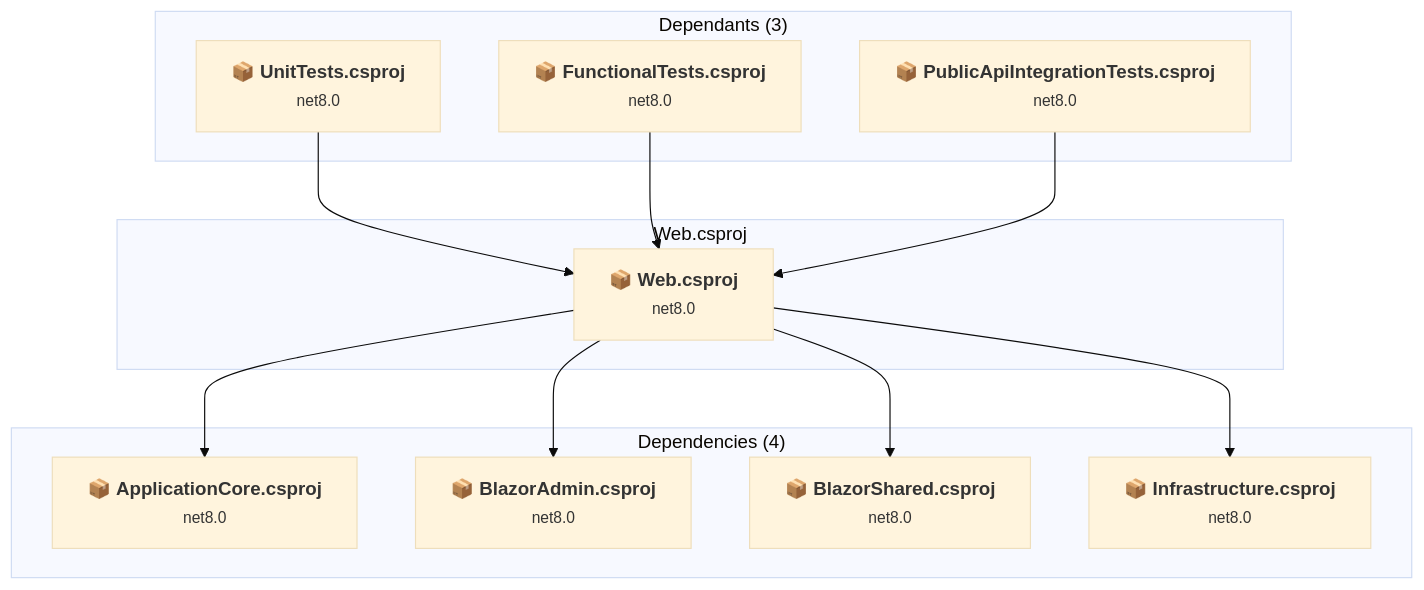
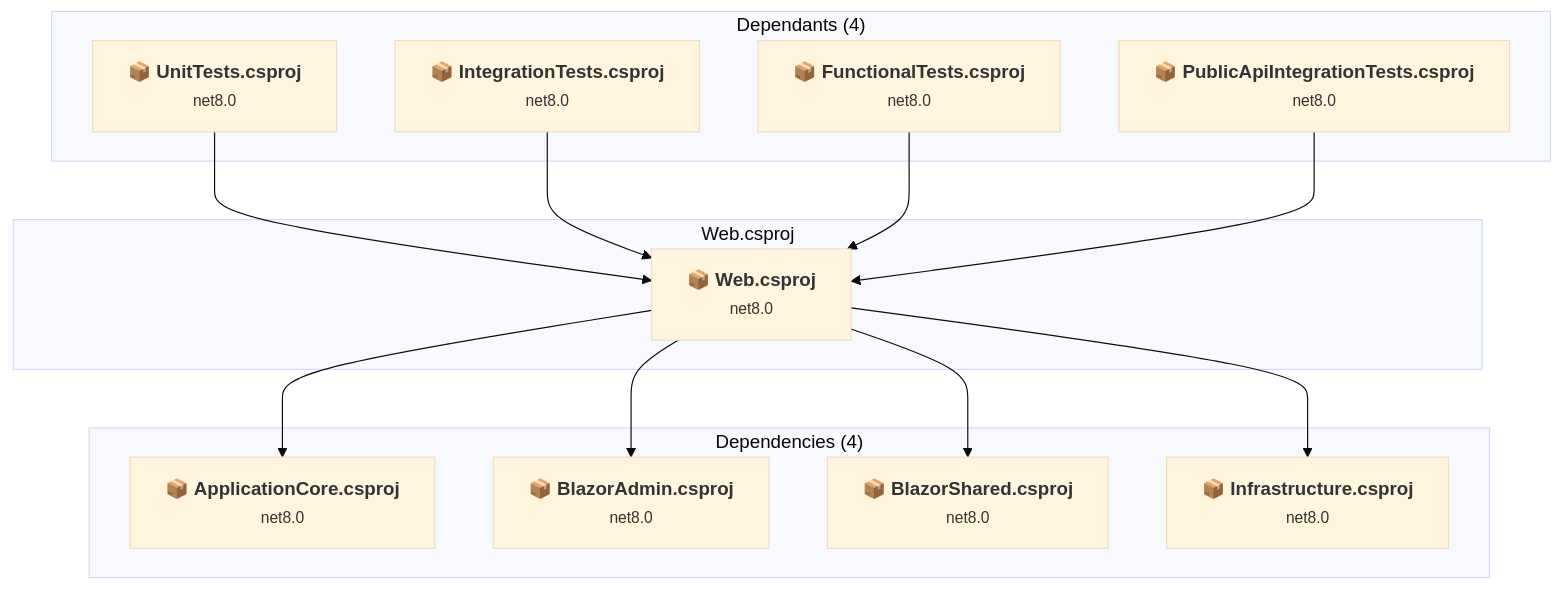
The diagram in .github/upgrades/scenarios/dotnet-version-upgrade/assessment/projects/Web.md (kaushganguly/eShopOnWeb), drawn with Mermaid (base theme) before and after one commit. The commit also changed other lines of this file and 20 other files, not shown here.

````diff
--- a/.github/upgrades/scenarios/dotnet-version-upgrade/assessment/projects/Web.md
+++ b/.github/upgrades/scenarios/dotnet-version-upgrade/assessment/projects/Web.md
@@ -39,33 +40,36 @@
 ```mermaid
 flowchart TB
-    subgraph upstream["Dependants (3)"]
+    subgraph upstream["Dependants (4)"]
         P4["<b>📦&nbsp;UnitTests.csproj</b><br/><small>net8.0</small>"]
+        P5["<b>📦&nbsp;IntegrationTests.csproj</b><br/><small>net8.0</small>"]
         P6["<b>📦&nbsp;FunctionalTests.csproj</b><br/><small>net8.0</small>"]
         P10["<b>📦&nbsp;PublicApiIntegrationTests.csproj</b><br/><small>net8.0</small>"]
         click P4 "../projects/UnitTests.md"
+        click P5 "../projects/IntegrationTests.md"
         click P6 "../projects/FunctionalTests.md"
         click P10 "../projects/PublicApiIntegrationTests.md"
     end
     subgraph current["Web.csproj"]
         MAIN["<b>📦&nbsp;Web.csproj</b><br/><small>net8.0</small>"]
         click MAIN "../projects/Web.md"
     end
     subgraph downstream["Dependencies (4)"]
         P3["<b>📦&nbsp;ApplicationCore.csproj</b><br/><small>net8.0</small>"]
         P8["<b>📦&nbsp;BlazorAdmin.csproj</b><br/><small>net8.0</small>"]
         P9["<b>📦&nbsp;BlazorShared.csproj</b><br/><small>net8.0</small>"]
         P2["<b>📦&nbsp;Infrastructure.csproj</b><br/><small>net8.0</small>"]
         click P3 "../projects/ApplicationCore.md"
         click P8 "../projects/BlazorAdmin.md"
         click P9 "../projects/BlazorShared.md"
         click P2 "../projects/Infrastructure.md"
     end
     P4 --> MAIN
+    P5 --> MAIN
     P6 --> MAIN
     P10 --> MAIN
     MAIN --> P3
     MAIN --> P8
     MAIN --> P9
     MAIN --> P2
 
 ```
````
